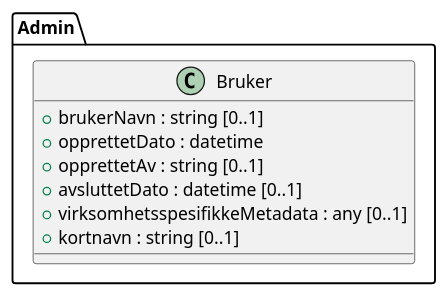
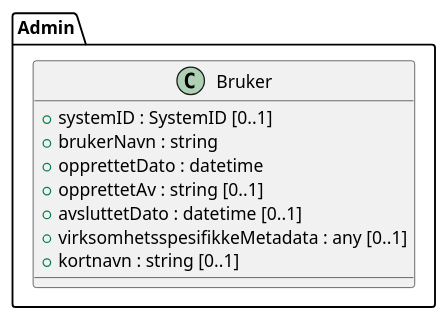
One commit to arkivverket/noark5-tjenestegrensesnitt-standard changed the diagram in media/uml-class-bruker.iuml. Above: the diagram before and after it, drawn with PlantUML. The commit also changed 5 other files, not shown here.

First line of the commit message:
Generate PlantUML include files from chapter 7 using text2uml.

```diff
--- a/media/uml-class-bruker.iuml
+++ b/media/uml-class-bruker.iuml
@@ -1,10 +1,11 @@
 @startuml
 class Admin.Bruker {
-  +brukerNavn : string [0..1]
+  +systemID : SystemID [0..1]
+  +brukerNavn : string
   +opprettetDato : datetime
   +opprettetAv : string [0..1]
   +avsluttetDato : datetime [0..1]
   +virksomhetsspesifikkeMetadata : any [0..1]
   +kortnavn : string [0..1]
 }
 @enduml
```
